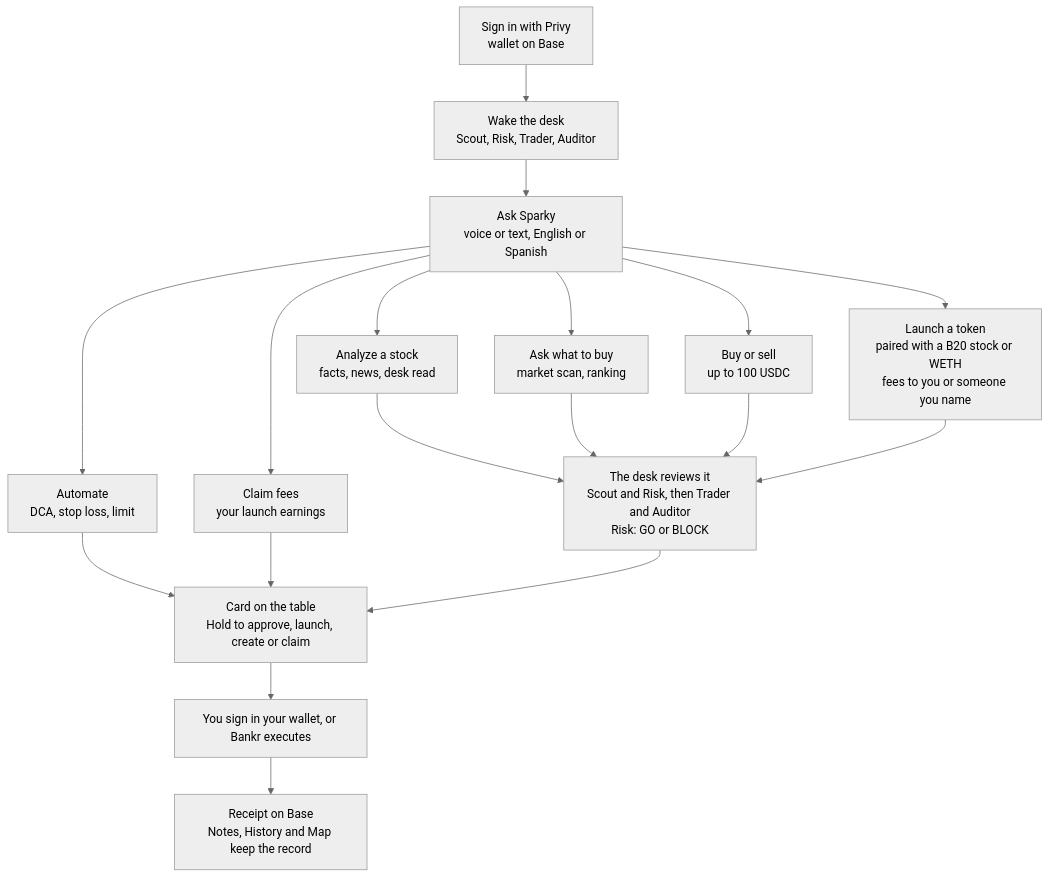
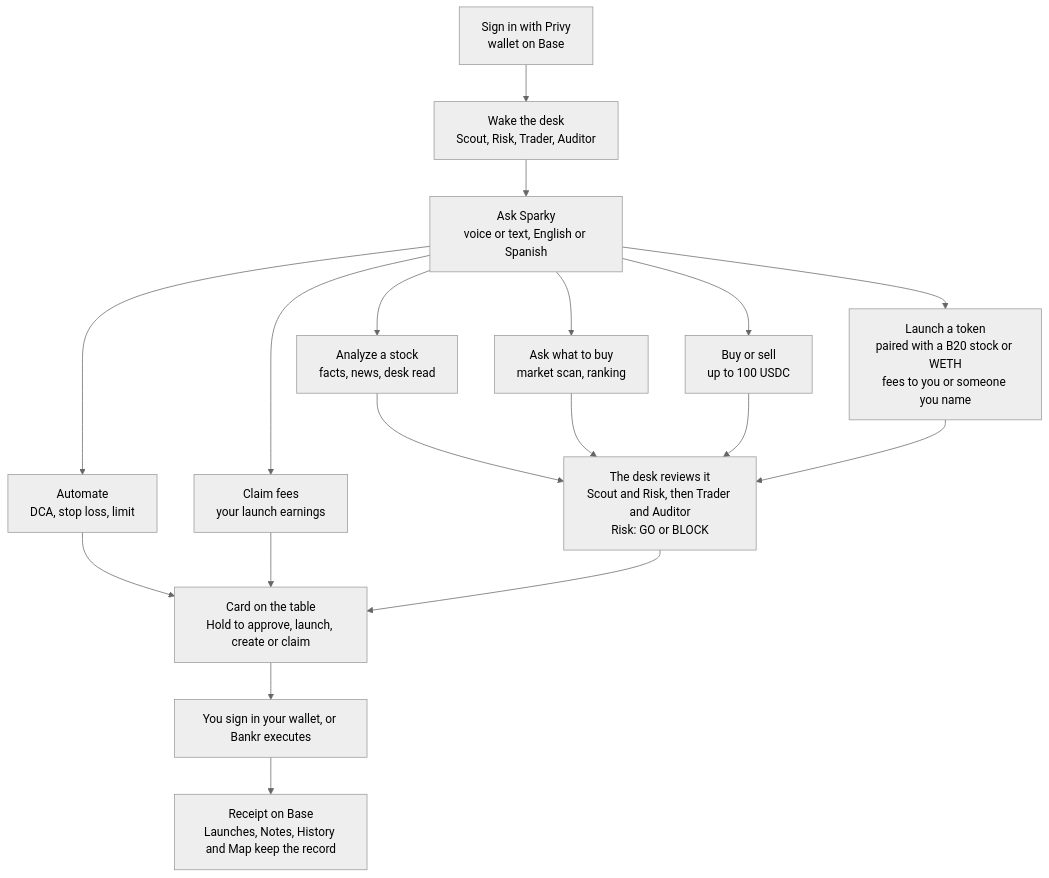
One commit to PerkOS-xyz/PerkOS-Runtime changed the diagram in README.md. Above: the diagram before and after it, drawn with Mermaid (neutral theme). The commit also changed other lines of this file and 7 other files, not shown here.

````diff
--- a/README.md
+++ b/README.md
@@ -21,20 +21,20 @@
 ```mermaid
 flowchart TD
   A[Sign in with Privy<br/>wallet on Base] --> B[Wake the desk<br/>Scout, Risk, Trader, Auditor]
   B --> S[Ask Sparky<br/>voice or text, English or Spanish]
   S --> AN[Analyze a stock<br/>facts, news, desk read]
   S --> AD[Ask what to buy<br/>market scan, ranking]
   S --> TR[Buy or sell<br/>up to 100 USDC]
   S --> LA[Launch a token<br/>paired with a B20 stock or WETH<br/>fees to you or someone you name]
   S --> AU[Automate<br/>DCA, stop loss, limit]
   S --> FE[Claim fees<br/>your launch earnings]
   AN --> D[The desk reviews it<br/>Scout and Risk, then Trader and Auditor<br/>Risk: GO or BLOCK]
   AD --> D
   TR --> D
   LA --> D
   AU --> C
   FE --> C
   D --> C[Card on the table<br/>Hold to approve, launch, create or claim]
   C --> X[You sign in your wallet, or Bankr executes]
-  X --> R[Receipt on Base<br/>Notes, History and Map keep the record]
+  X --> R[Receipt on Base<br/>Launches, Notes, History and Map keep the record]
 ```
````
